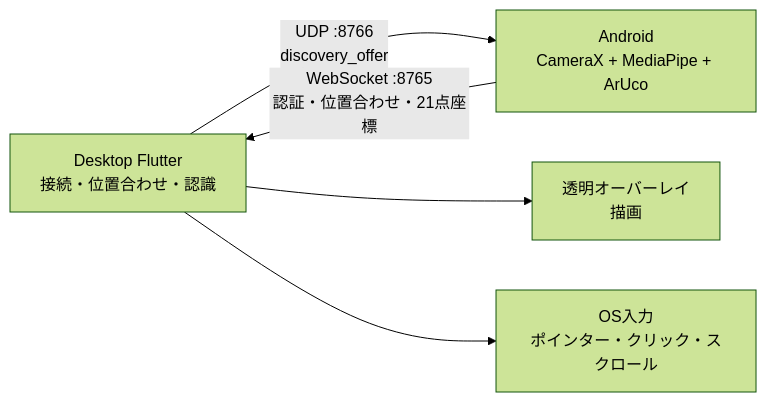
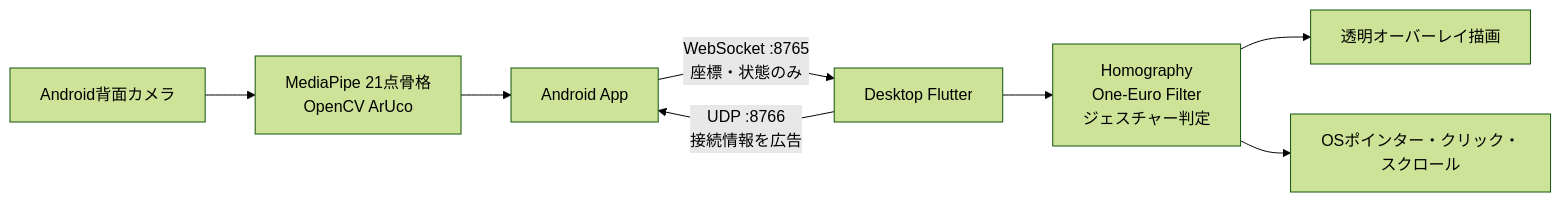
Before and after one commit to KIT-DevelopersHub/screact: the diagram in README.md, drawn with Mermaid (forest theme). The commit also changed other lines of this file and 17 other files, not shown here.

````diff
--- a/README.md
+++ b/README.md
@@ -27,7 +189,10 @@
 ```mermaid
 flowchart LR
-    D["Desktop Flutter<br/>接続・位置合わせ・認識"] -- "UDP :8766<br/>discovery_offer" --> A["Android<br/>CameraX + MediaPipe + ArUco"]
-    A -- "WebSocket :8765<br/>認証・位置合わせ・21点座標" --> D
-    D --> V["透明オーバーレイ<br/>描画"]
-    D --> O["OS入力<br/>ポインター・クリック・スクロール"]
+    Camera["Android背面カメラ"] --> Vision["MediaPipe 21点骨格<br/>OpenCV ArUco"]
+    Desktop["Desktop Flutter"] -- "UDP :8766<br/>接続情報を広告" --> Android["Android App"]
+    Vision --> Android
+    Android -- "WebSocket :8765<br/>座標・状態のみ" --> Desktop
+    Desktop --> Transform["Homography<br/>One-Euro Filter<br/>ジェスチャー判定"]
+    Transform --> Overlay["透明オーバーレイ描画"]
+    Transform --> Input["OSポインター・クリック・スクロール"]
 ```
````
